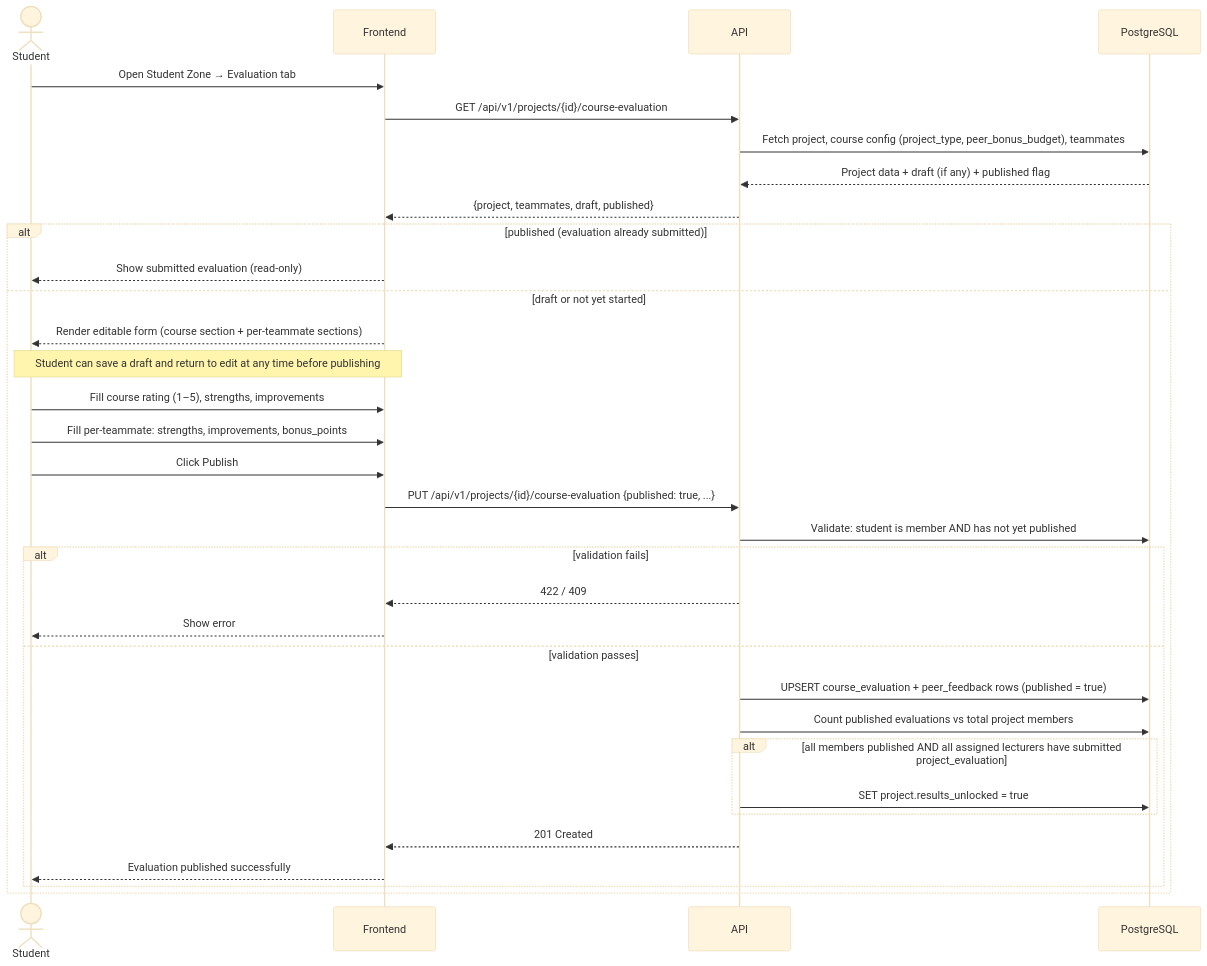
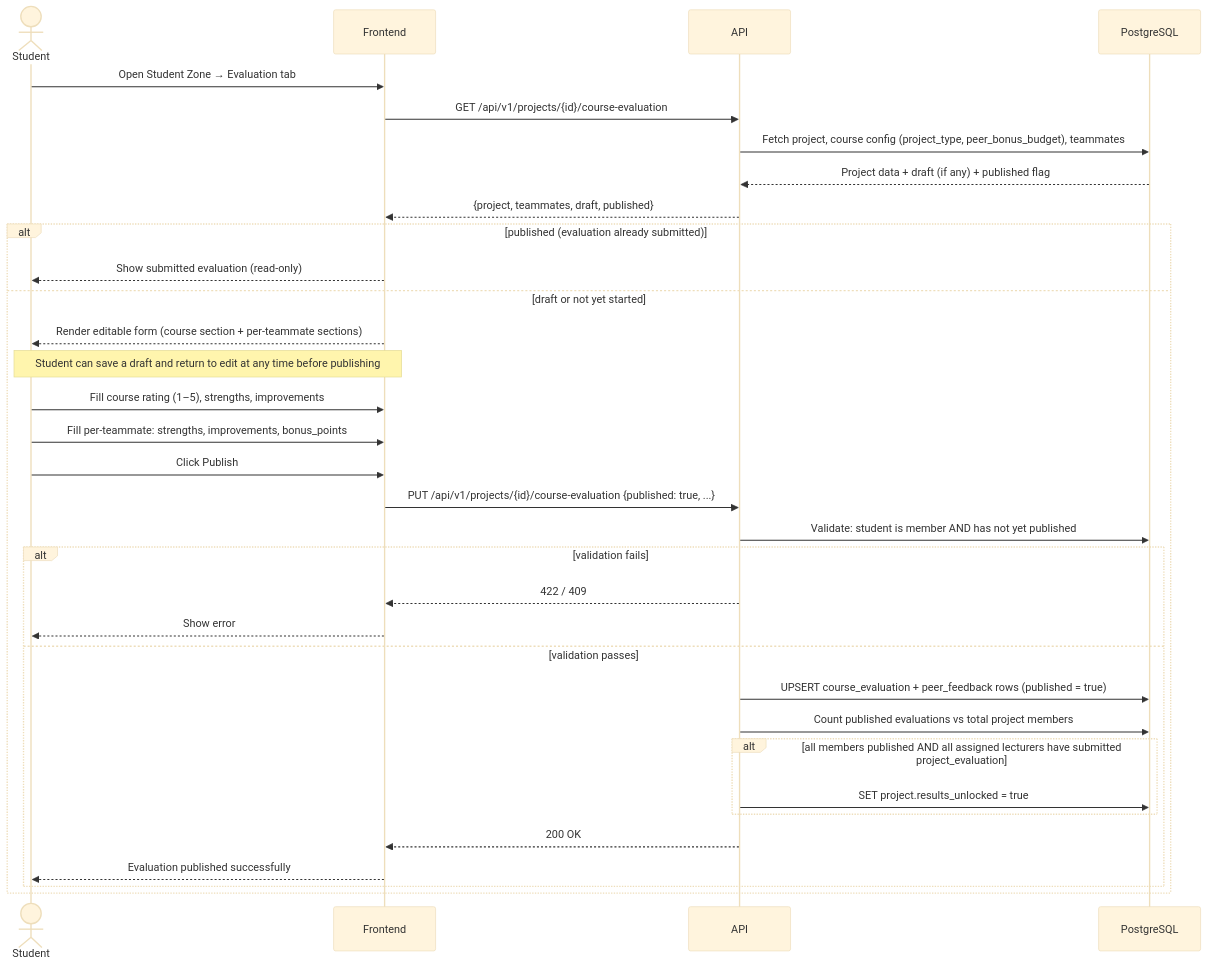
Before and after one commit to ljezek/tul-psi: the third of 6 diagrams in docs/DESIGN.md, drawn with Mermaid (base theme).

````diff
--- a/docs/DESIGN.md
+++ b/docs/DESIGN.md
@@ -198,37 +198,37 @@
 ```mermaid
 sequenceDiagram
     actor Student
     participant Frontend
     participant API
     participant DB as PostgreSQL
 
     Student->>Frontend: Open Student Zone → Evaluation tab
     Frontend->>API: GET /api/v1/projects/{id}/course-evaluation
     API->>DB: Fetch project, course config (project_type, peer_bonus_budget), teammates
     DB-->>API: Project data + draft (if any) + published flag
     API-->>Frontend: {project, teammates, draft, published}
 
     alt published (evaluation already submitted)
         Frontend-->>Student: Show submitted evaluation (read-only)
     else draft or not yet started
         Frontend-->>Student: Render editable form (course section + per-teammate sections)
         Note over Frontend,Student: Student can save a draft and return to edit at any time before publishing
         Student->>Frontend: Fill course rating (1–5), strengths, improvements
         Student->>Frontend: Fill per-teammate: strengths, improvements, bonus_points
         Student->>Frontend: Click Publish
         Frontend->>API: PUT /api/v1/projects/{id}/course-evaluation {published: true, ...}
         API->>DB: Validate: student is member AND has not yet published
         alt validation fails
             API-->>Frontend: 422 / 409
             Frontend-->>Student: Show error
         else validation passes
             API->>DB: UPSERT course_evaluation + peer_feedback rows (published = true)
             API->>DB: Count published evaluations vs total project members
             alt all members published AND all assigned lecturers have submitted project_evaluation
                 API->>DB: SET project.results_unlocked = true
             end
-            API-->>Frontend: 201 Created
+            API-->>Frontend: 200 OK
             Frontend-->>Student: Evaluation published successfully
         end
     end
 ```
````
